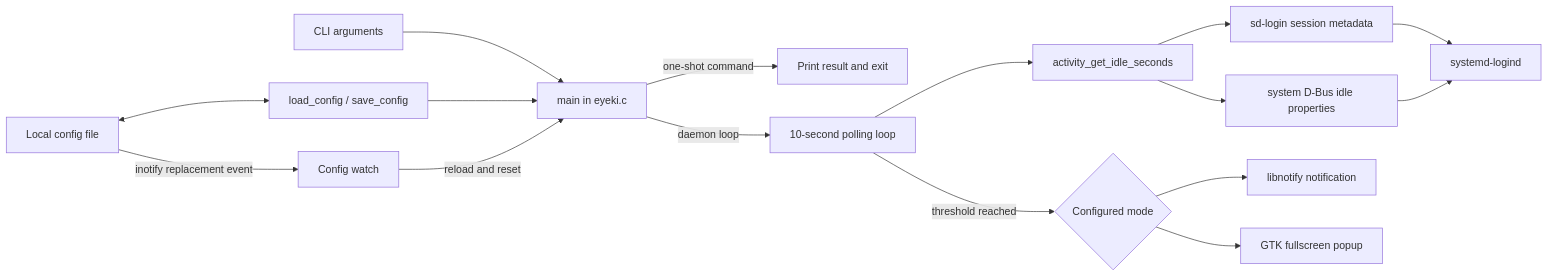
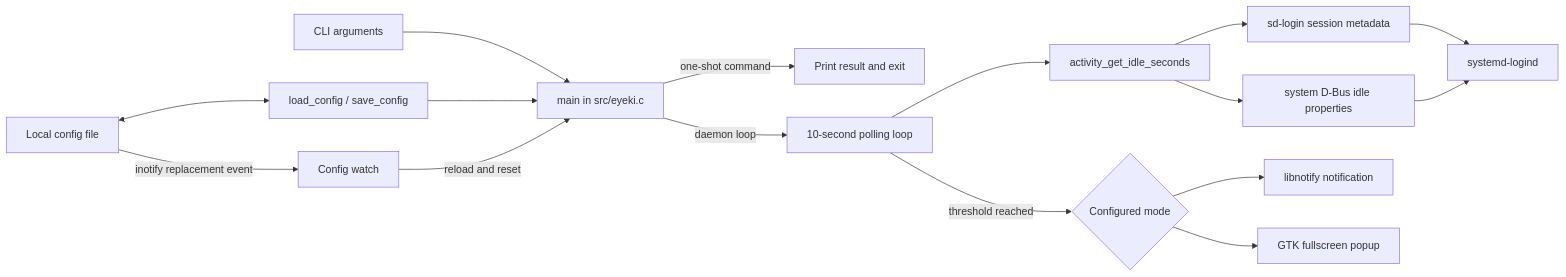
Before and after one commit to KLX1899/eyeki: the first of 2 diagrams in docs/ARCHITECTURE.md, drawn with Mermaid. The commit also changed other lines of this file and 27 other files, not shown here.

````diff
--- a/docs/ARCHITECTURE.md
+++ b/docs/ARCHITECTURE.md
@@ -7,18 +7,18 @@
 ```mermaid
 flowchart LR
-    CLI[CLI arguments] --> Main[main in eyeki.c]
+    CLI[CLI arguments] --> Main[main in src/eyeki.c]
     File[Local config file] <--> Config[load_config / save_config]
     Config --> Main
     File -->|inotify replacement event| Watch[Config watch]
     Watch -->|reload and reset| Main
     Main -->|one-shot command| Exit[Print result and exit]
     Main -->|daemon loop| Timer[10-second polling loop]
     Timer --> Idle[activity_get_idle_seconds]
     Idle --> Login[sd-login session metadata]
     Login --> Logind[systemd-logind]
     Idle --> Bus[system D-Bus idle properties]
     Bus --> Logind
     Timer -->|threshold reached| Choice{Configured mode}
     Choice --> Notify[libnotify notification]
     Choice --> Popup[GTK fullscreen popup]
 ```
````
